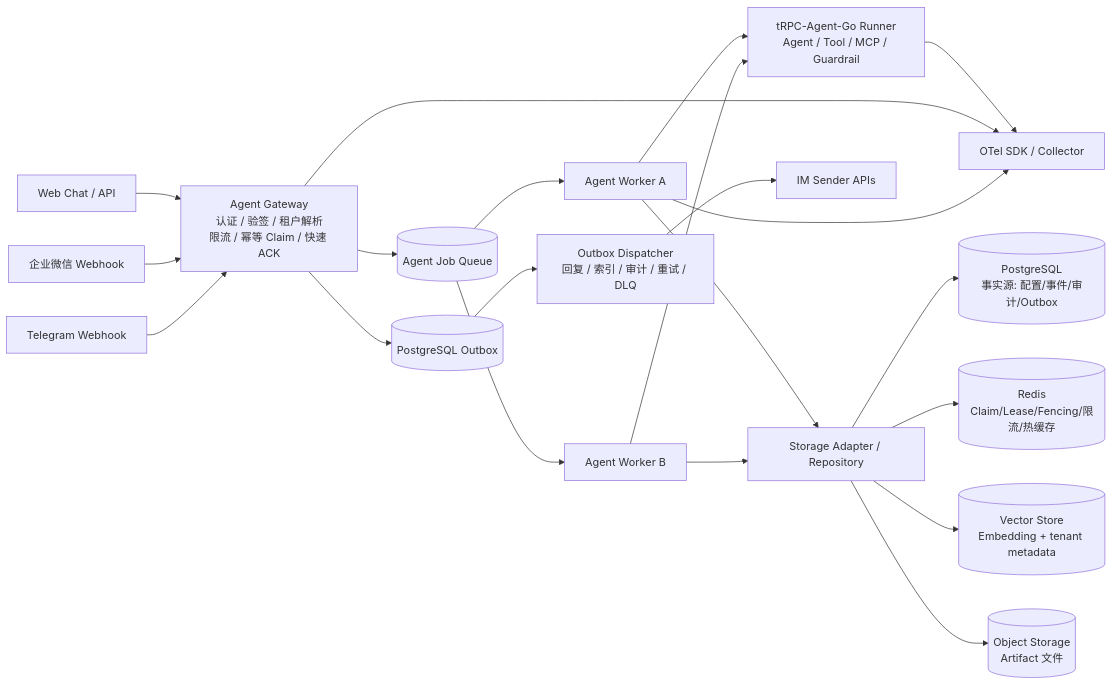
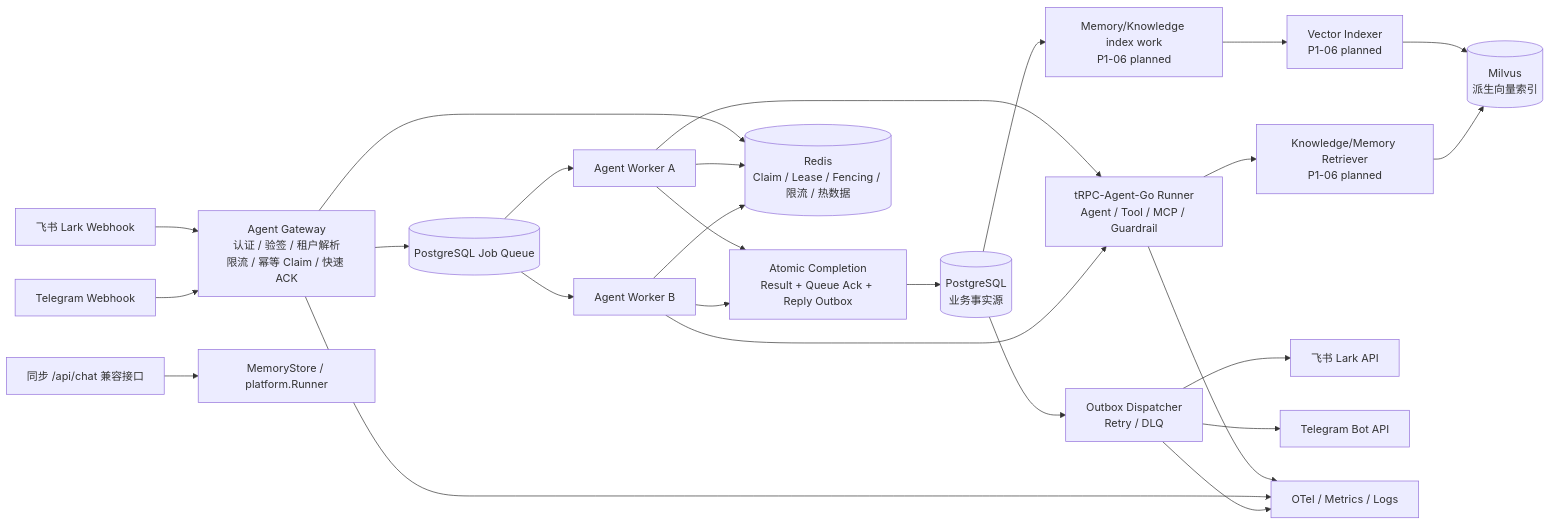
One commit to liuzengh/trpc-agent-service changed the diagram in docs/ARCHITECTURE.md. Above: the diagram before and after it, drawn with Mermaid. The commit also changed other lines of this file and 166 other files, not shown here.

````diff
--- a/docs/ARCHITECTURE.md
+++ b/docs/ARCHITECTURE.md
@@ -23,27 +26,32 @@
 ```mermaid
 flowchart LR
-    Web[Web Chat / API] --> Gateway
-    WeCom[企业微信 Webhook] --> Gateway
+    Lark[飞书 Lark Webhook] --> Gateway
     Telegram[Telegram Webhook] --> Gateway
+    Legacy[同步 /api/chat 兼容接口] --> Sync[MemoryStore / platform.Runner]
 
-    Gateway[Agent Gateway\n认证 / 验签 / 租户解析\n限流 / 幂等 Claim / 快速 ACK] --> Job[(Agent Job Queue)]
-    Gateway --> Outbox[(PostgreSQL Outbox)]
+    Gateway[Agent Gateway\n认证 / 验签 / 租户解析\n限流 / 幂等 Claim / 快速 ACK] --> Job[(PostgreSQL Job Queue)]
     Job --> W1[Agent Worker A]
     Job --> W2[Agent Worker B]
 
     W1 --> Runtime[tRPC-Agent-Go Runner\nAgent / Tool / MCP / Guardrail]
     W2 --> Runtime
-    W1 --> Repos[Storage Adapter / Repository]
-    W2 --> Repos
+    W1 --> Completion[Atomic Completion\nResult + Queue Ack + Reply Outbox]
+    W2 --> Completion
+    Completion --> PG[(PostgreSQL\n业务事实源)]
+    PG --> IndexOutbox[Memory/Knowledge index work\nP1-06 planned]
+    IndexOutbox --> Indexer[Vector Indexer\nP1-06 planned]
+    Indexer --> Milvus[(Milvus\n派生向量索引)]
+    Runtime --> Retriever[Knowledge/Memory Retriever\nP1-06 planned]
+    Retriever --> Milvus
 
-    Repos --> PG[(PostgreSQL\n事实源: 配置/事件/审计/Outbox)]
-    Repos --> Redis[(Redis\nClaim/Lease/Fencing/限流/热缓存)]
-    Repos --> Vector[(Vector Store\nEmbedding + tenant metadata)]
-    Repos --> Object[(Object Storage\nArtifact 文件)]
+    PG --> Dispatcher[Outbox Dispatcher\nRetry / DLQ]
+    Dispatcher --> LarkAPI[飞书 Lark API]
+    Dispatcher --> TelegramAPI[Telegram Bot API]
 
-    Outbox --> Dispatcher[Outbox Dispatcher\n回复 / 索引 / 审计 / 重试 / DLQ]
-    Dispatcher --> IM[IM Sender APIs]
-    Runtime --> OTel[OTel SDK / Collector]
+    Gateway --> Redis[(Redis\nClaim / Lease / Fencing / 限流 / 热数据)]
+    W1 --> Redis
+    W2 --> Redis
+    Runtime --> OTel[OTel / Metrics / Logs]
     Gateway --> OTel
-    W1 --> OTel
+    Dispatcher --> OTel
 ```
````
